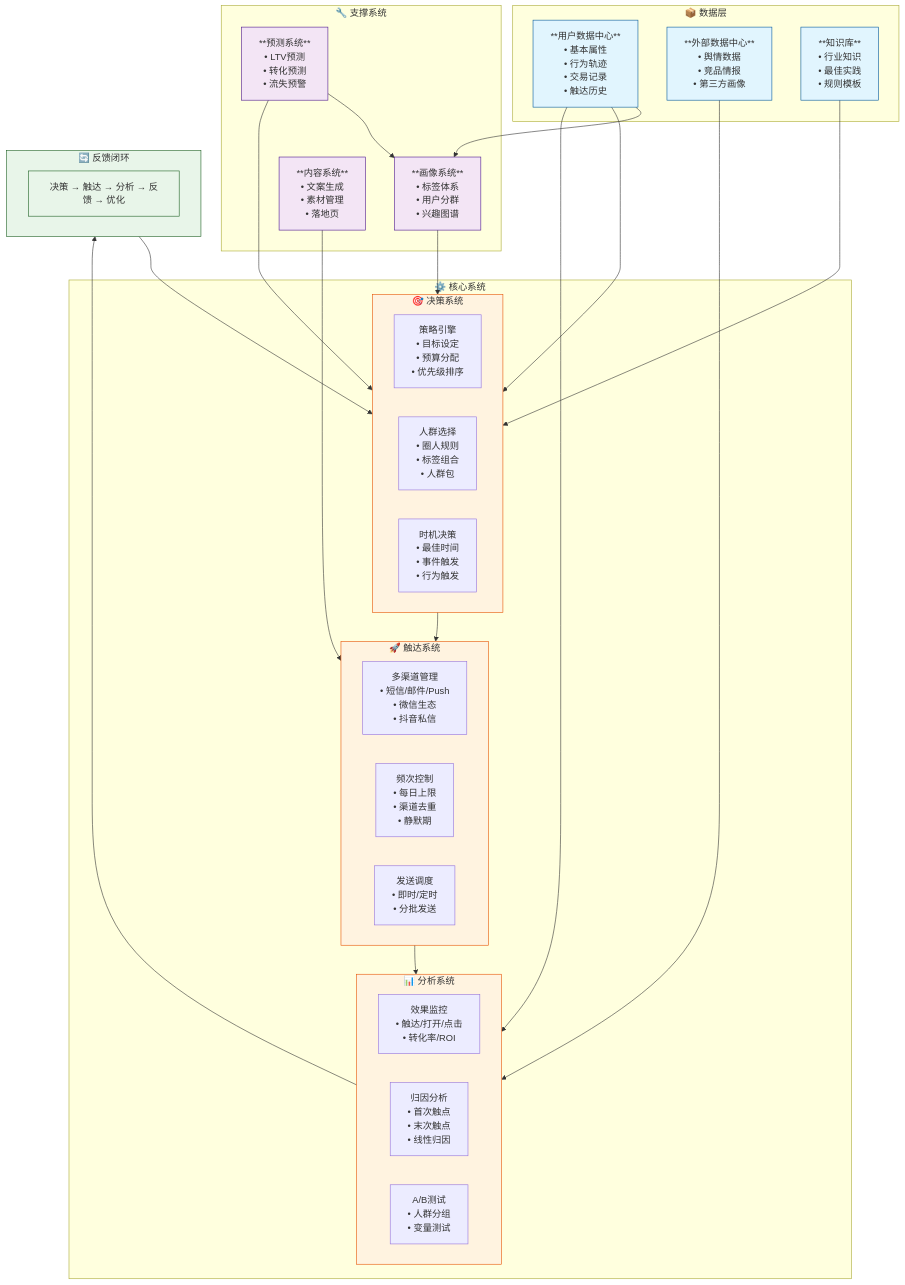
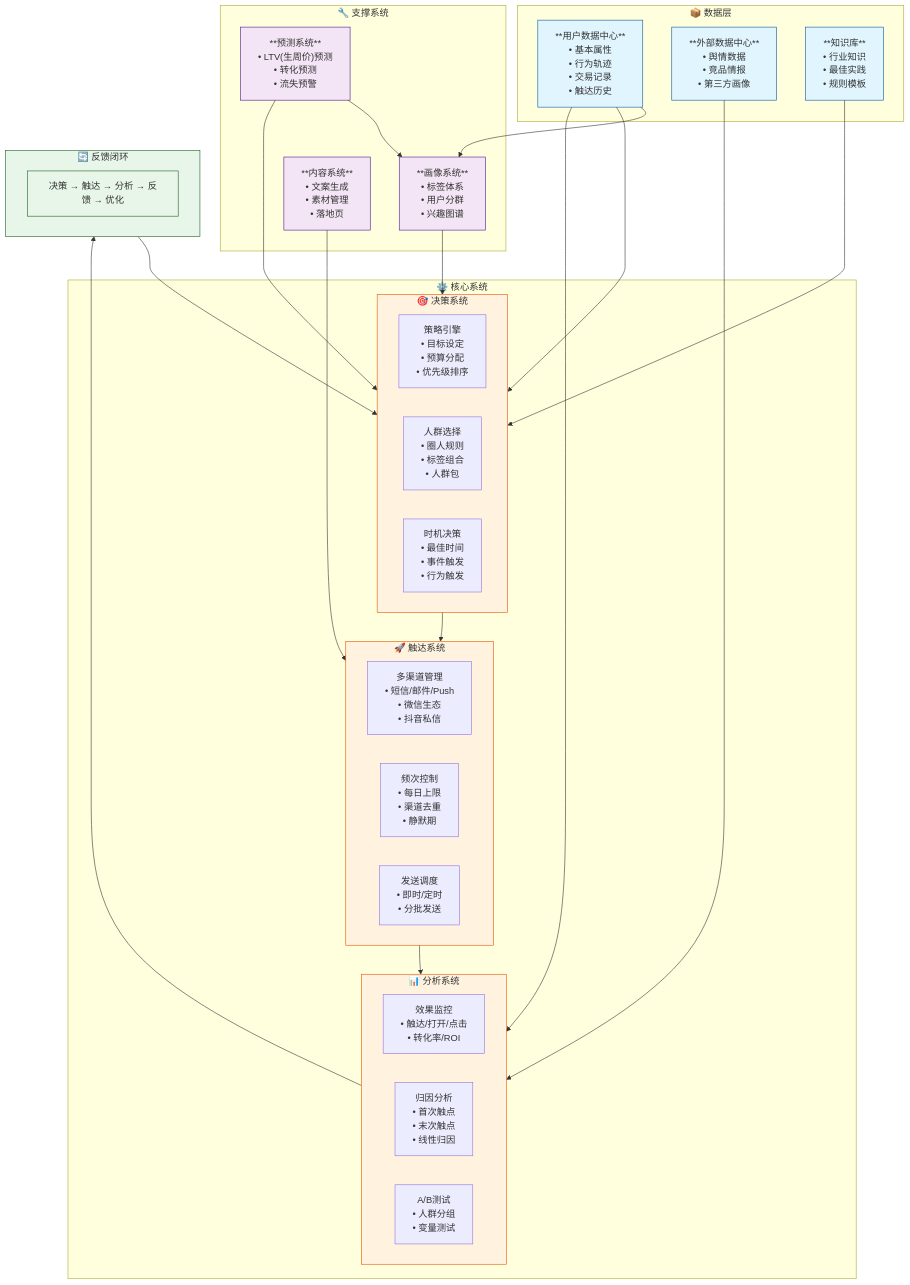
The first of 3 diagrams in ai/全自动营销产品/全自动营销系统架构.md (zhaoxin34/my-obsidian), drawn with Mermaid before and after one commit.

Commit message:
zhaoxin-mac-mini-m2.local 2026-3-24:15:37:25

```diff
--- a/ai/全自动营销产品/全自动营销系统架构.md
+++ b/ai/全自动营销产品/全自动营销系统架构.md
@@ -91,7 +91,7 @@
     subgraph SUPPORT["🔧 支撑系统"]
         PREDICT["
         **预测系统**
-        • LTV预测
+        • LTV(生周价)预测
         • 转化预测
         • 流失预警
         "]
```
